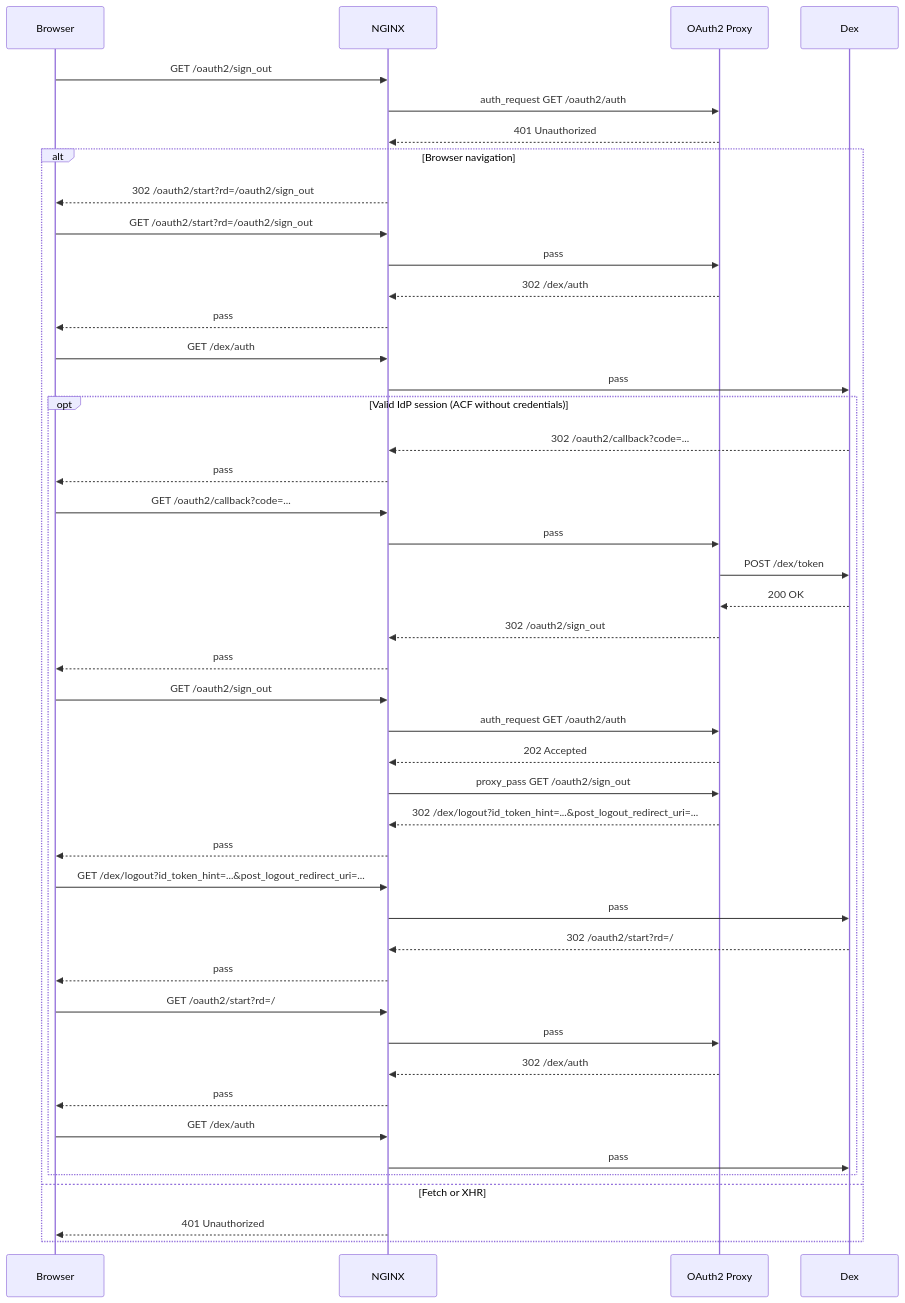
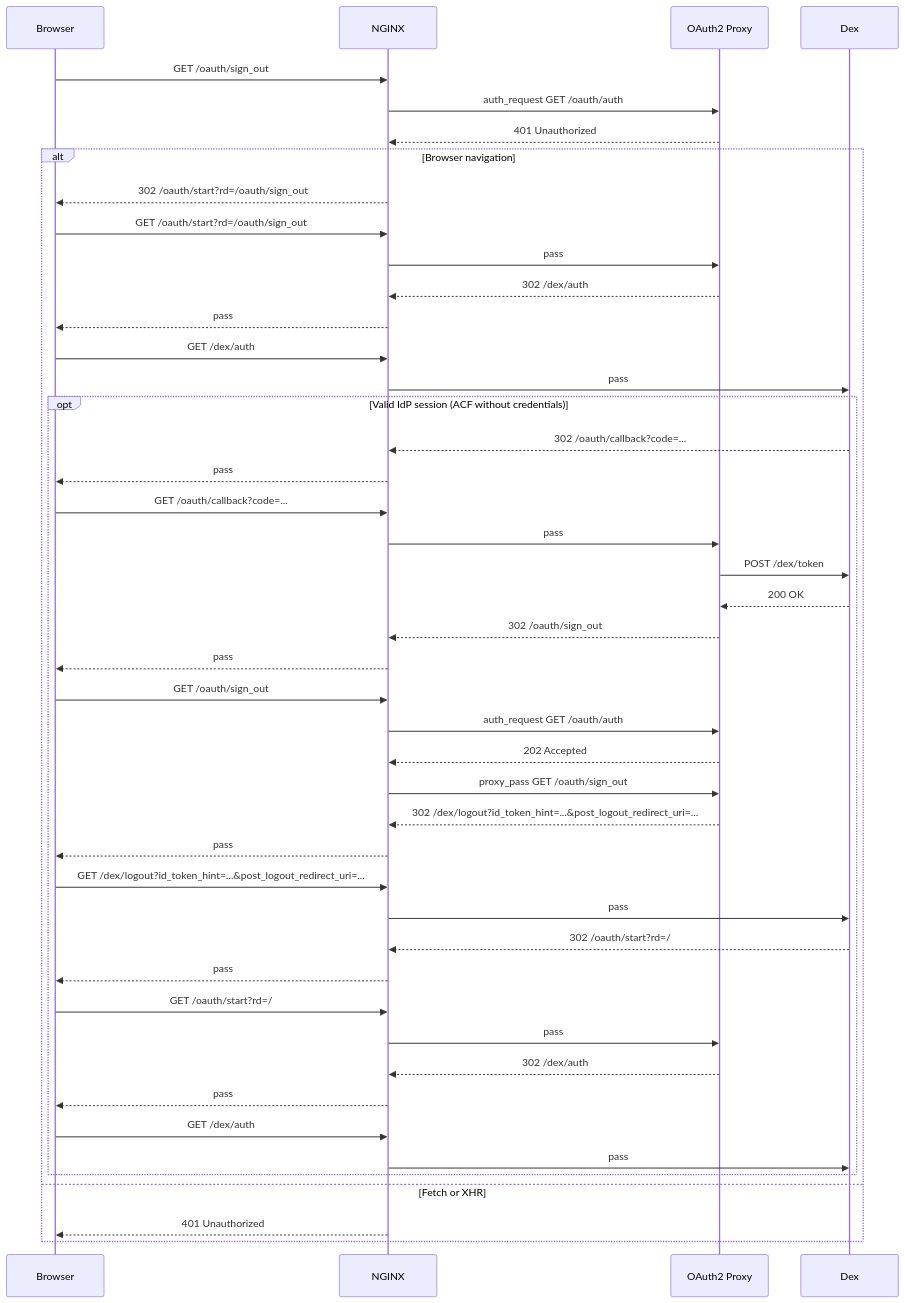
Before and after one commit to blakearoberts/visage: the sixth of 6 diagrams in docs/session-lifecycle.md, drawn with Mermaid. The commit also changed other lines of this file and 14 other files, not shown here.

Commit message:
Use /oauth as the OAuth2 Proxy endpoint prefix

````diff
--- a/docs/session-lifecycle.md
+++ b/docs/session-lifecycle.md
@@ -169,48 +169,48 @@
 ```mermaid
 sequenceDiagram
   participant Browser
   participant NGINX
   participant Proxy as OAuth2 Proxy
   participant Dex
 
-  Browser->>NGINX: GET /oauth2/sign_out
-  NGINX->>Proxy: auth_request GET /oauth2/auth
+  Browser->>NGINX: GET /oauth/sign_out
+  NGINX->>Proxy: auth_request GET /oauth/auth
   Proxy-->>NGINX: 401 Unauthorized
   alt Browser navigation
-    NGINX-->>Browser: 302 /oauth2/start?rd=/oauth2/sign_out
-    Browser->>NGINX: GET /oauth2/start?rd=/oauth2/sign_out
+    NGINX-->>Browser: 302 /oauth/start?rd=/oauth/sign_out
+    Browser->>NGINX: GET /oauth/start?rd=/oauth/sign_out
     NGINX->>Proxy: pass
     Proxy-->>NGINX: 302 /dex/auth
     NGINX-->>Browser: pass
     Browser->>NGINX: GET /dex/auth
     NGINX->>Dex: pass
     opt Valid IdP session (ACF without credentials)
-      Dex-->>NGINX: 302 /oauth2/callback?code=...
+      Dex-->>NGINX: 302 /oauth/callback?code=...
       NGINX-->>Browser: pass
-      Browser->>NGINX: GET /oauth2/callback?code=...
+      Browser->>NGINX: GET /oauth/callback?code=...
       NGINX->>Proxy: pass
       Proxy->>Dex: POST /dex/token
       Dex-->>Proxy: 200 OK
-      Proxy-->>NGINX: 302 /oauth2/sign_out
+      Proxy-->>NGINX: 302 /oauth/sign_out
       NGINX-->>Browser: pass
-      Browser->>NGINX: GET /oauth2/sign_out
-      NGINX->>Proxy: auth_request GET /oauth2/auth
+      Browser->>NGINX: GET /oauth/sign_out
+      NGINX->>Proxy: auth_request GET /oauth/auth
       Proxy-->>NGINX: 202 Accepted
-      NGINX->>Proxy: proxy_pass GET /oauth2/sign_out
+      NGINX->>Proxy: proxy_pass GET /oauth/sign_out
       Proxy-->>NGINX: 302 /dex/logout?id_token_hint=...&post_logout_redirect_uri=...
       NGINX-->>Browser: pass
       Browser->>NGINX: GET /dex/logout?id_token_hint=...&post_logout_redirect_uri=...
       NGINX->>Dex: pass
-      Dex-->>NGINX: 302 /oauth2/start?rd=/
+      Dex-->>NGINX: 302 /oauth/start?rd=/
       NGINX-->>Browser: pass
-      Browser->>NGINX: GET /oauth2/start?rd=/
+      Browser->>NGINX: GET /oauth/start?rd=/
       NGINX->>Proxy: pass
       Proxy-->>NGINX: 302 /dex/auth
       NGINX-->>Browser: pass
       Browser->>NGINX: GET /dex/auth
       NGINX->>Dex: pass
     end
   else Fetch or XHR
     NGINX-->>Browser: 401 Unauthorized
   end
 ```
````
